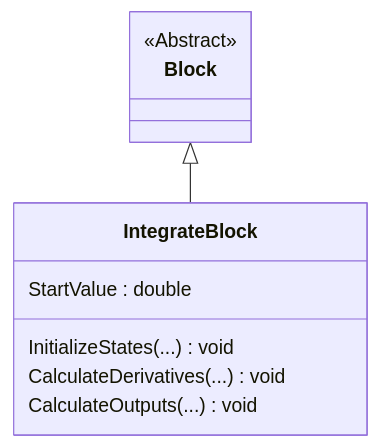
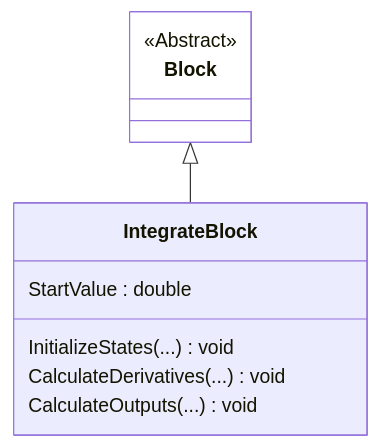
Before and after one commit to ghackenberg/kurs-computer-simulation: the diagram in Quellen/WS25/SFunctionContinuous/Block.Integrate.mmd, drawn with Mermaid. The commit also changed 8 other files, not shown here.

```diff
--- a/Quellen/WS25/SFunctionContinuous/Block.Integrate.mmd
+++ b/Quellen/WS25/SFunctionContinuous/Block.Integrate.mmd
@@ -1,18 +1,18 @@
 classDiagram
 
     direction TB
 
     class Block {
         <<Abstract>>
     }
 
     class IntegrateBlock {
         StartValue : double
         InitializeStates(...) void
         CalculateDerivatives(...) void
         CalculateOutputs(...) void
     }
     
     Block <|-- IntegrateBlock
 
-    style Function fill:white
+    style Block fill:white
```
